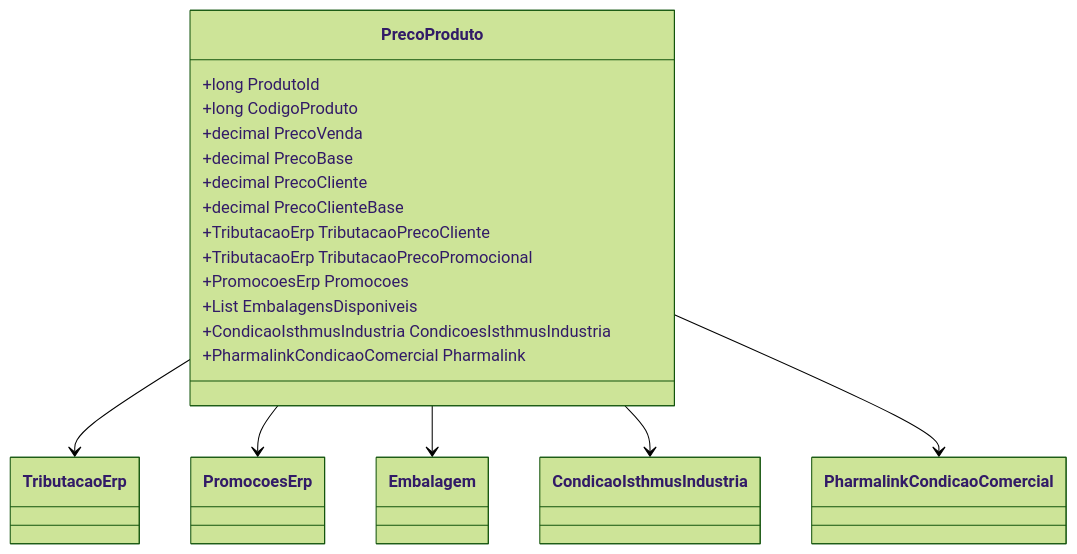
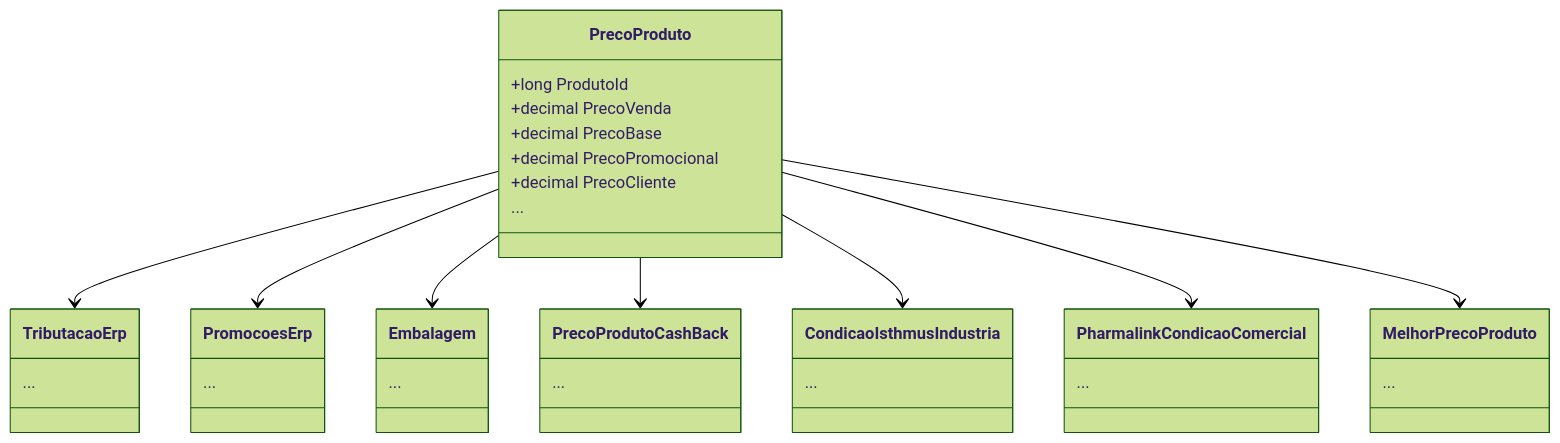
Before and after one commit to IsthmusSistemas/documentacao-tecnica: the second of 2 diagrams in docs/b2b-dominio/IsthmusWinthor.Nucleo/IsthmusWinthor.Dominio/POCO/Precos/PrecoProduto.md, drawn with Mermaid (forest theme). The commit also changed other lines of this file and 882 other files, not shown here.

````diff
--- a/docs/b2b-dominio/IsthmusWinthor.Nucleo/IsthmusWinthor.Dominio/POCO/Precos/PrecoProduto.md
+++ b/docs/b2b-dominio/IsthmusWinthor.Nucleo/IsthmusWinthor.Dominio/POCO/Precos/PrecoProduto.md
@@ -71,23 +69,47 @@
 ```mermaid
 classDiagram
     class PrecoProduto {
         +long ProdutoId
-        +long CodigoProduto
         +decimal PrecoVenda
         +decimal PrecoBase
+        +decimal PrecoPromocional
         +decimal PrecoCliente
-        +decimal PrecoClienteBase
-        +TributacaoErp TributacaoPrecoCliente
-        +TributacaoErp TributacaoPrecoPromocional
-        +PromocoesErp Promocoes
-        +List<Embalagem> EmbalagensDisponiveis
-        +CondicaoIsthmusIndustria CondicoesIsthmusIndustria
-        +PharmalinkCondicaoComercial Pharmalink
+        ...
+    }
+
+    class TributacaoErp {
+        ...
+    }
+    
+    class PromocoesErp {
+        ...
+    }
+
+    class Embalagem {
+        ...
+    }
+
+    class PrecoProdutoCashBack {
+        ...
+    }
+
+    class CondicaoIsthmusIndustria {
+        ...
+    }
+
+    class PharmalinkCondicaoComercial {
+        ...
+    }
+
+    class MelhorPrecoProduto {
+        ...
     }
 
     PrecoProduto --> TributacaoErp
     PrecoProduto --> PromocoesErp
     PrecoProduto --> Embalagem
+    PrecoProduto --> PrecoProdutoCashBack
     PrecoProduto --> CondicaoIsthmusIndustria
     PrecoProduto --> PharmalinkCondicaoComercial
+    PrecoProduto --> MelhorPrecoProduto
 ```
````
